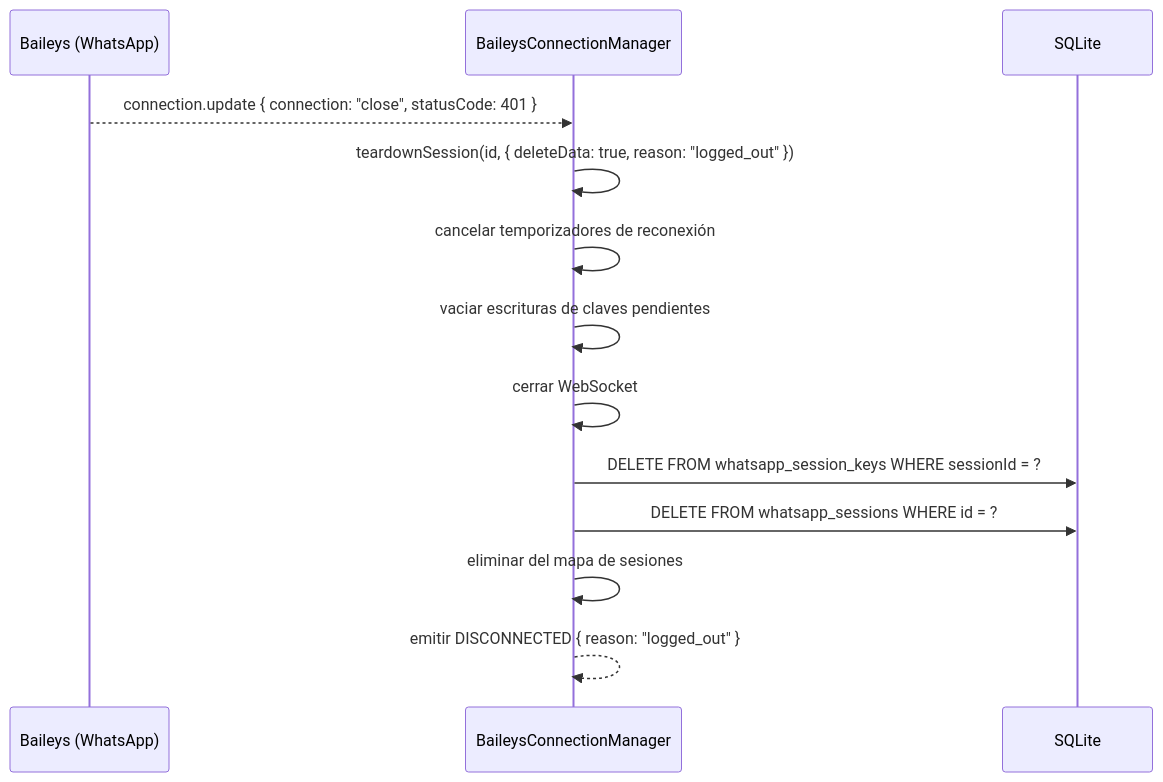
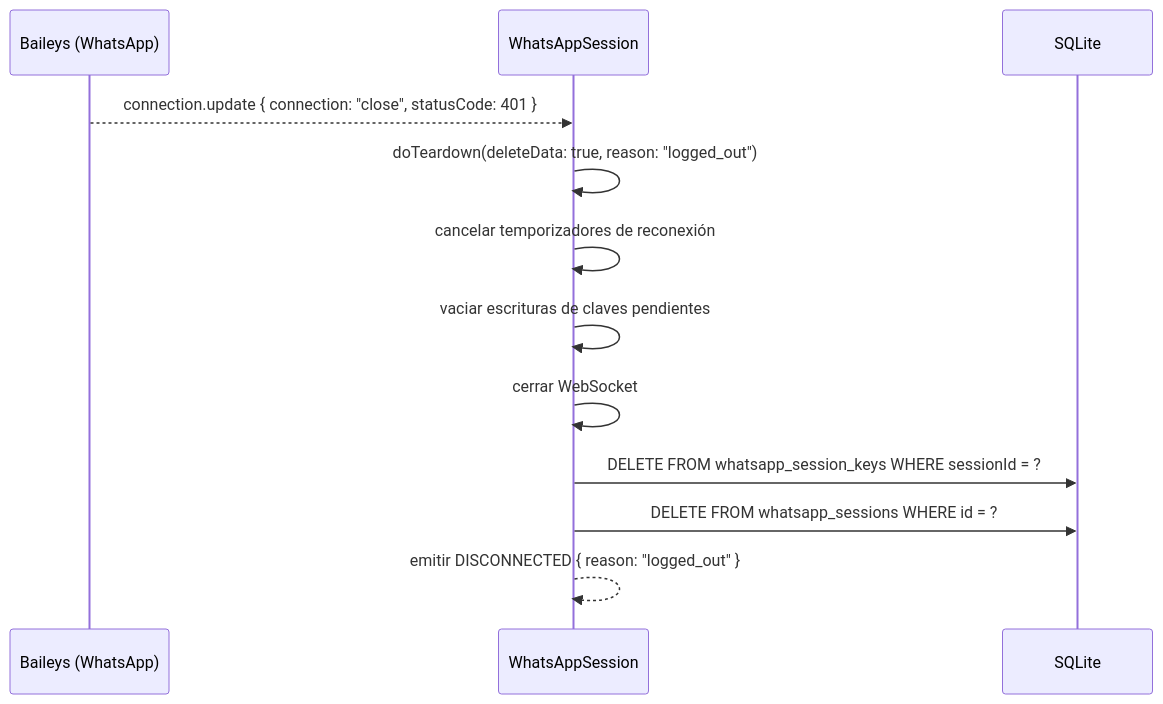
The seventh of 9 diagrams in docs/whatsapp-session-lifecycle.md (Fibra-Labs/chepibe-personal), drawn with Mermaid before and after one commit. The commit also changed other lines of this file and 41 other files, not shown here.

First line of the commit message:
refactor(types): SessionStatus enum, Baileys namespace, StateMachineAction

````diff
--- a/docs/whatsapp-session-lifecycle.md
+++ b/docs/whatsapp-session-lifecycle.md
@@ -195,16 +186,15 @@
 ```mermaid
 sequenceDiagram
     participant BA as Baileys (WhatsApp)
-    participant MGR as BaileysConnectionManager
+    participant WS as WhatsAppSession
     participant DB as SQLite
 
-    BA-->>MGR: connection.update { connection: "close", statusCode: 401 }
-    MGR->>MGR: teardownSession(id, { deleteData: true, reason: "logged_out" })
-    MGR->>MGR: cancelar temporizadores de reconexión
-    MGR->>MGR: vaciar escrituras de claves pendientes
-    MGR->>MGR: cerrar WebSocket
-    MGR->>DB: DELETE FROM whatsapp_session_keys WHERE sessionId = ?
-    MGR->>DB: DELETE FROM whatsapp_sessions WHERE id = ?
-    MGR->>MGR: eliminar del mapa de sesiones
-    MGR-->>MGR: emitir DISCONNECTED { reason: "logged_out" }
+    BA-->>WS: connection.update { connection: "close", statusCode: 401 }
+    WS->>WS: doTeardown(deleteData: true, reason: "logged_out")
+    WS->>WS: cancelar temporizadores de reconexión
+    WS->>WS: vaciar escrituras de claves pendientes
+    WS->>WS: cerrar WebSocket
+    WS->>DB: DELETE FROM whatsapp_session_keys WHERE sessionId = ?
+    WS->>DB: DELETE FROM whatsapp_sessions WHERE id = ?
+    WS-->>WS: emitir DISCONNECTED { reason: "logged_out" }
 ```
````
